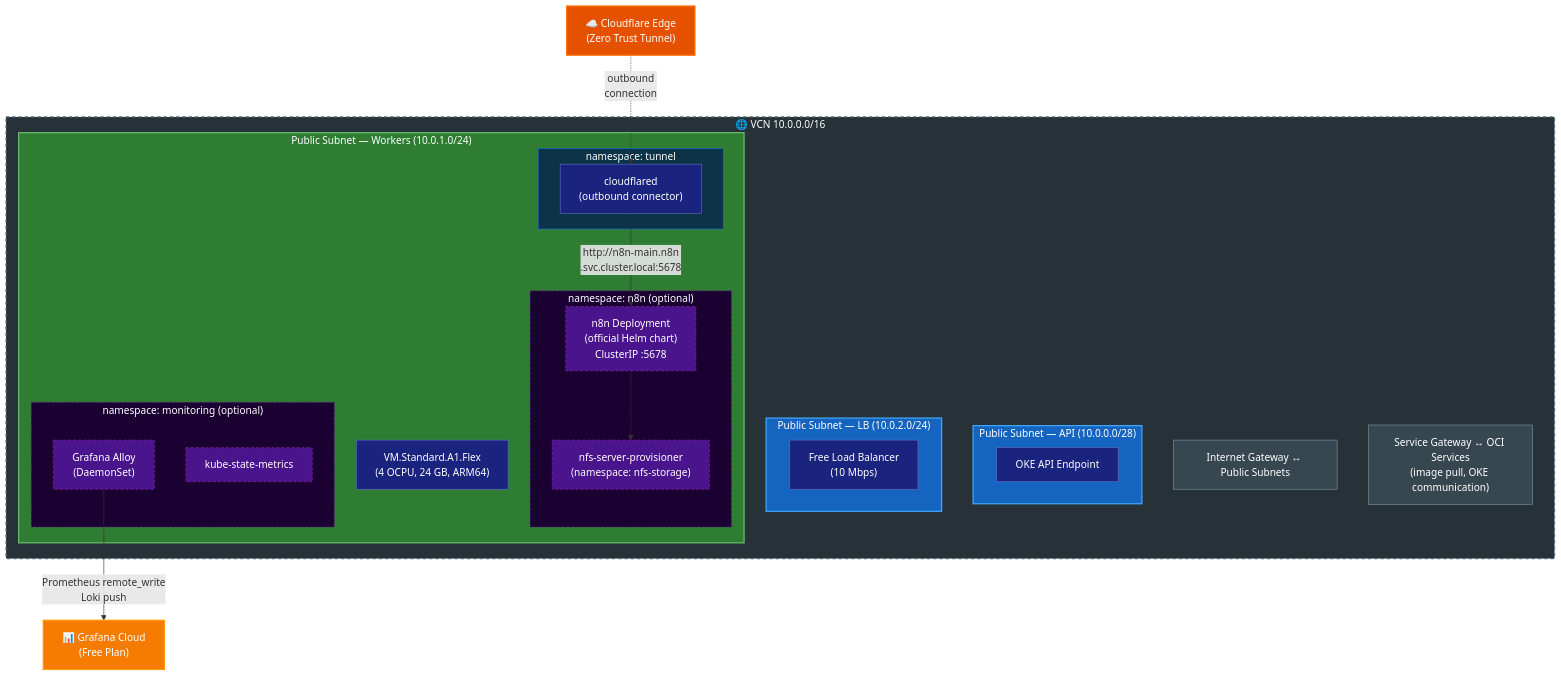
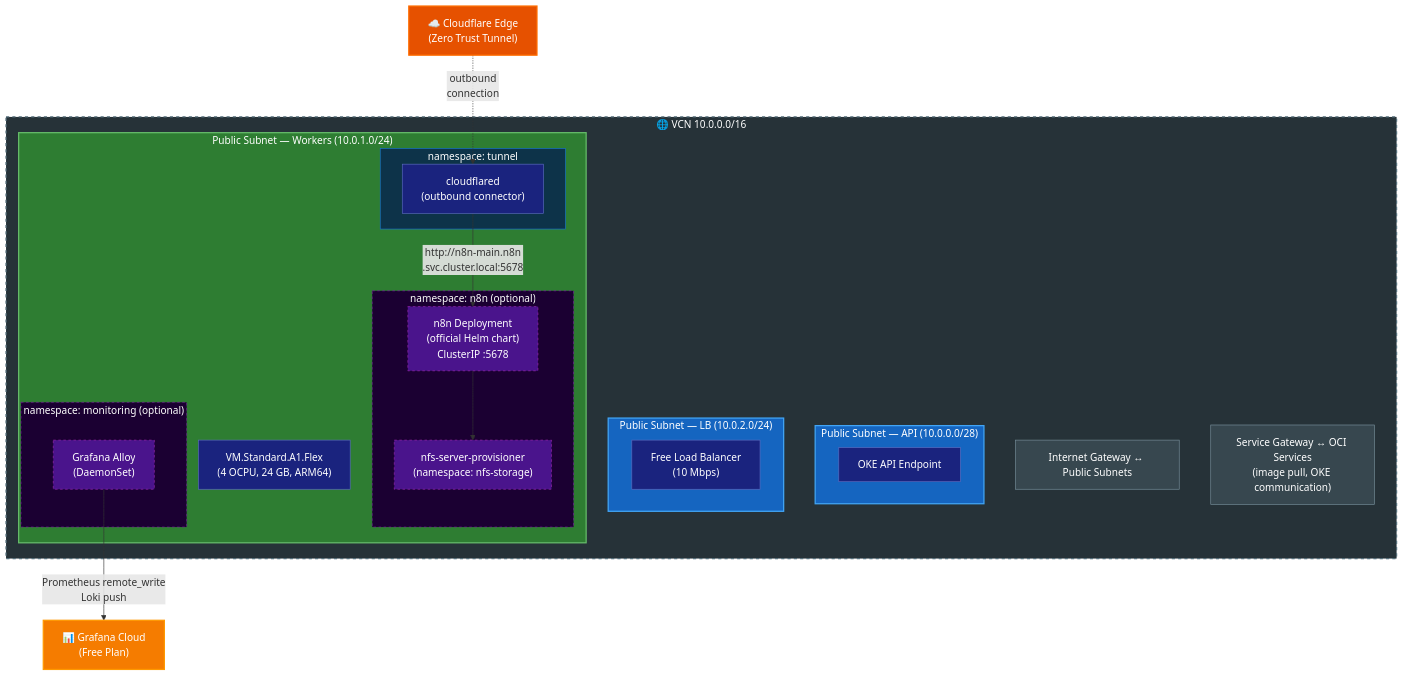
One commit to Kouni/terraform-oci-oke-alwaysfree changed the diagram in README.md. Above: the diagram before and after it, drawn with Mermaid. The commit also changed other lines of this file and 9 other files, not shown here.

First line of the commit message:
refactor(monitoring): migrate kube-state-metrics from Terraform to obs subchart

````diff
--- a/README.md
+++ b/README.md
@@ -7,61 +7,60 @@
 ```mermaid
 graph TB
     CF["☁️ Cloudflare Edge<br/>(Zero Trust Tunnel)"]
     GRAFANA["📊 Grafana Cloud<br/>(Free Plan)"]
 
     subgraph VCN["🌐 VCN 10.0.0.0/16"]
         subgraph SUB_API["Public Subnet — API (10.0.0.0/28)"]
             API["OKE API Endpoint"]
         end
 
         subgraph SUB_LB["Public Subnet — LB (10.0.2.0/24)"]
             LB["Free Load Balancer<br/>(10 Mbps)"]
         end
 
         subgraph SUB_WORKER["Public Subnet — Workers (10.0.1.0/24)"]
             WORKER["VM.Standard.A1.Flex<br/>(4 OCPU, 24 GB, ARM64)"]
 
             subgraph NS_TUNNEL["namespace: tunnel"]
                 CFD["cloudflared<br/>(outbound connector)"]
             end
 
             subgraph NS_N8N["namespace: n8n (optional)"]
                 N8N["n8n Deployment<br/>(official Helm chart)<br/>ClusterIP :5678"]
                 NFS["nfs-server-provisioner<br/>(namespace: nfs-storage)"]
                 N8N --> NFS
             end
 
             subgraph NS_MON["namespace: monitoring (optional)"]
                 ALLOY["Grafana Alloy<br/>(DaemonSet)"]
-                KSM["kube-state-metrics"]
             end
         end
 
         IGW["Internet Gateway ↔ Public Subnets"]
         SGW["Service Gateway ↔ OCI Services<br/>(image pull, OKE communication)"]
     end
 
     CF -.->|"outbound<br/>connection"| CFD
     CFD -->|"http://n8n-main.n8n<br/>.svc.cluster.local:5678"| N8N
     ALLOY -->|"Prometheus remote_write<br/>Loki push"| GRAFANA
 
     classDef cf fill:#e65100,color:#fff,stroke:#ff6d00,stroke-width:2px
     classDef node_box fill:#1a237e,color:#fff,stroke:#5c6bc0,stroke-width:1px
     classDef gw fill:#37474f,color:#fff,stroke:#78909c,stroke-width:1px
     classDef optional fill:#4a148c,color:#fff,stroke:#9c27b0,stroke-width:1px,stroke-dasharray:4 4
     classDef grafana fill:#f57c00,color:#fff,stroke:#ff9800,stroke-width:2px
 
     class CF cf
     class API,LB,WORKER,CFD node_box
     class IGW,SGW gw
-    class N8N,NFS,ALLOY,KSM optional
+    class N8N,NFS,ALLOY optional
     class GRAFANA grafana
 
     style VCN fill:#263238,color:#fff,stroke:#546e7a,stroke-width:2px,stroke-dasharray:5 5
     style SUB_API fill:#1565c0,color:#fff,stroke:#42a5f5,stroke-width:2px
     style SUB_LB fill:#1565c0,color:#fff,stroke:#42a5f5,stroke-width:2px
     style SUB_WORKER fill:#2e7d32,color:#fff,stroke:#66bb6a,stroke-width:2px
     style NS_TUNNEL fill:#0d3349,color:#fff,stroke:#1976d2,stroke-width:1px
     style NS_N8N fill:#1b0032,color:#fff,stroke:#7b1fa2,stroke-width:1px,stroke-dasharray:4 4
     style NS_MON fill:#1b0032,color:#fff,stroke:#7b1fa2,stroke-width:1px,stroke-dasharray:4 4
 ```
````
